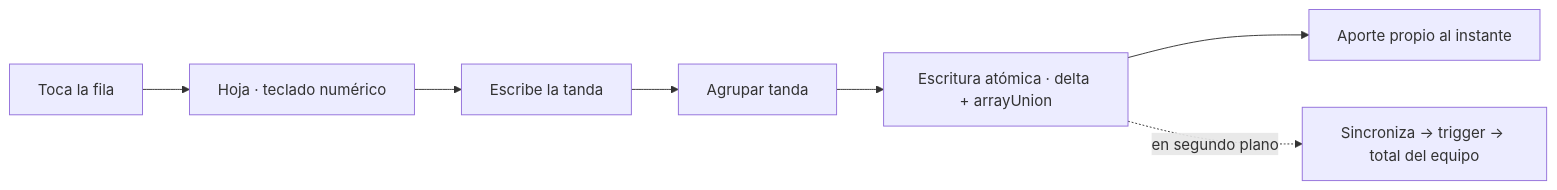
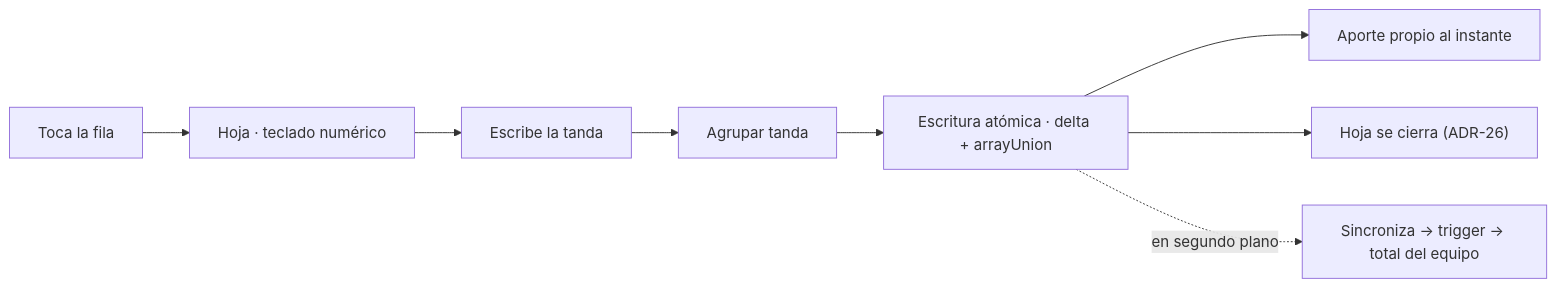
Before and after one commit to jab16jy/inventory-tally: the second of 3 diagrams in docs/diseno/11-ux-y-navegacion.md, drawn with Mermaid. The commit also changed other lines of this file and 7 other files, not shown here.

First line of the commit message:
feat(web): agrupar cierra la Hoja, a pedido del cliente (ADR-26)

````diff
--- a/docs/diseno/11-ux-y-navegacion.md
+++ b/docs/diseno/11-ux-y-navegacion.md
@@ -186,9 +186,10 @@
 ```mermaid
 flowchart LR
     A["Toca la fila"] --> B["Hoja · teclado numérico"]
     B --> C["Escribe la tanda"]
     C --> D["Agrupar tanda"]
     D --> E["Escritura atómica · delta + arrayUnion"]
     E --> F["Aporte propio al instante"]
+    E --> H["Hoja se cierra (ADR-26)"]
     E -.->|"en segundo plano"| G["Sincroniza → trigger → total del equipo"]
 ```
````
